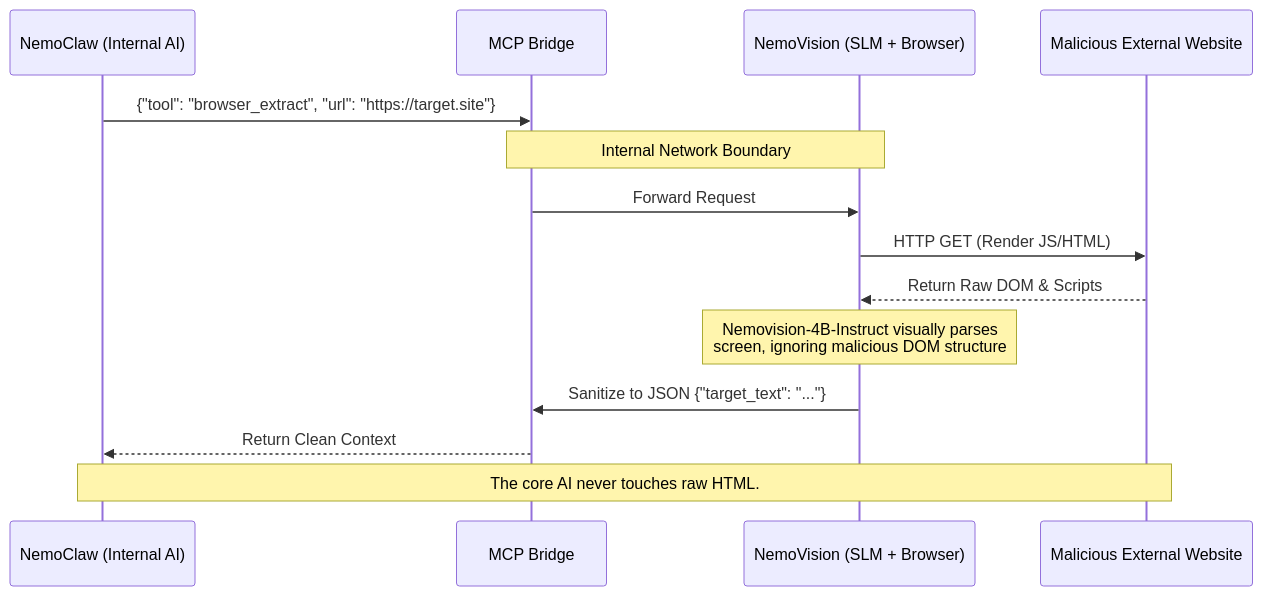
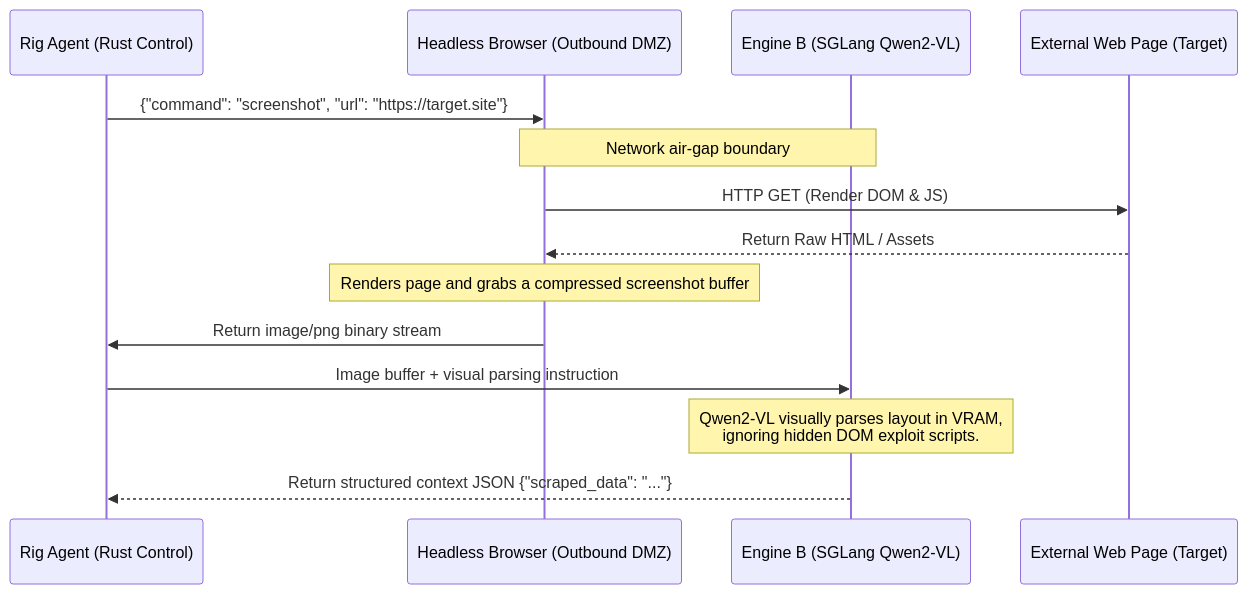
The diagram in docs/07. API Gateway, Orchestration & Network Firewall.md (foersben/janus-synapse-edge), drawn with Mermaid before and after one commit. The commit also changed other lines of this file and 12 other files, not shown here.

````diff
--- a/docs/07. API Gateway, Orchestration & Network Firewall.md
+++ b/docs/07. API Gateway, Orchestration & Network Firewall.md
@@ -58,17 +61,17 @@
 ```mermaid
 sequenceDiagram
-    participant Agent as NemoClaw (Internal AI)
-    participant MCP as MCP Bridge
-    participant Vision as NemoVision (SLM + Browser)
-    participant Web as Malicious External Website
+    participant Agent as Rig Agent (Rust Control)
+    participant Bridge as Headless Browser (Outbound DMZ)
+    participant EngineB as Engine B (SGLang Qwen2-VL)
+    participant Web as External Web Page (Target)
 
-    Agent->>MCP: {"tool": "browser_extract", "url": "https://target.site"}
-    Note over MCP,Vision: Internal Network Boundary
-    MCP->>Vision: Forward Request
-    Vision->>Web: HTTP GET (Render JS/HTML)
-    Web-->>Vision: Return Raw DOM & Scripts
-    Note over Vision: Nemovision-4B-Instruct visually parses<br/>screen, ignoring malicious DOM structure
-    Vision->>MCP: Sanitize to JSON {"target_text": "..."}
-    MCP-->>Agent: Return Clean Context
-    Note over Agent,Web: The core AI never touches raw HTML.
+    Agent->>Bridge: {"command": "screenshot", "url": "https://target.site"}
+    Note over Bridge,EngineB: Network air-gap boundary
+    Bridge->>Web: HTTP GET (Render DOM & JS)
+    Web-->>Bridge: Return Raw HTML / Assets
+    Note over Bridge: Renders page and grabs a compressed screenshot buffer
+    Bridge->>Agent: Return image/png binary stream
+    Agent->>EngineB: Image buffer + visual parsing instruction
+    Note over EngineB: Qwen2-VL visually parses layout in VRAM,<br/>ignoring hidden DOM exploit scripts.
+    EngineB-->>Agent: Return structured context JSON {"scraped_data": "..."}
 ```
````
